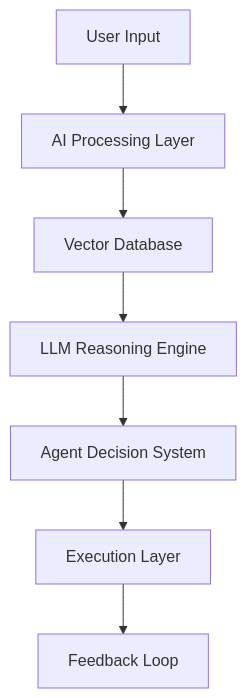
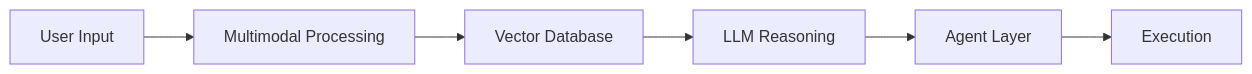
The diagram in README.md (Dev-Anandhan/Dev-Anandhan), drawn with Mermaid before and after one commit. The commit also changed other lines of this file, not shown here.

````diff
--- a/README.md
+++ b/README.md
@@ -110,9 +96,8 @@
 ```mermaid
-flowchart TD
-    A[User Input] --> B[AI Processing Layer]
+flowchart LR
+    A[User Input] --> B[Multimodal Processing]
     B --> C[Vector Database]
-    C --> D[LLM Reasoning Engine]
-    D --> E[Agent Decision System]
-    E --> F[Execution Layer]
-    F --> G[Feedback Loop]
+    C --> D[LLM Reasoning]
+    D --> E[Agent Layer]
+    E --> F[Execution]
 ```
````
